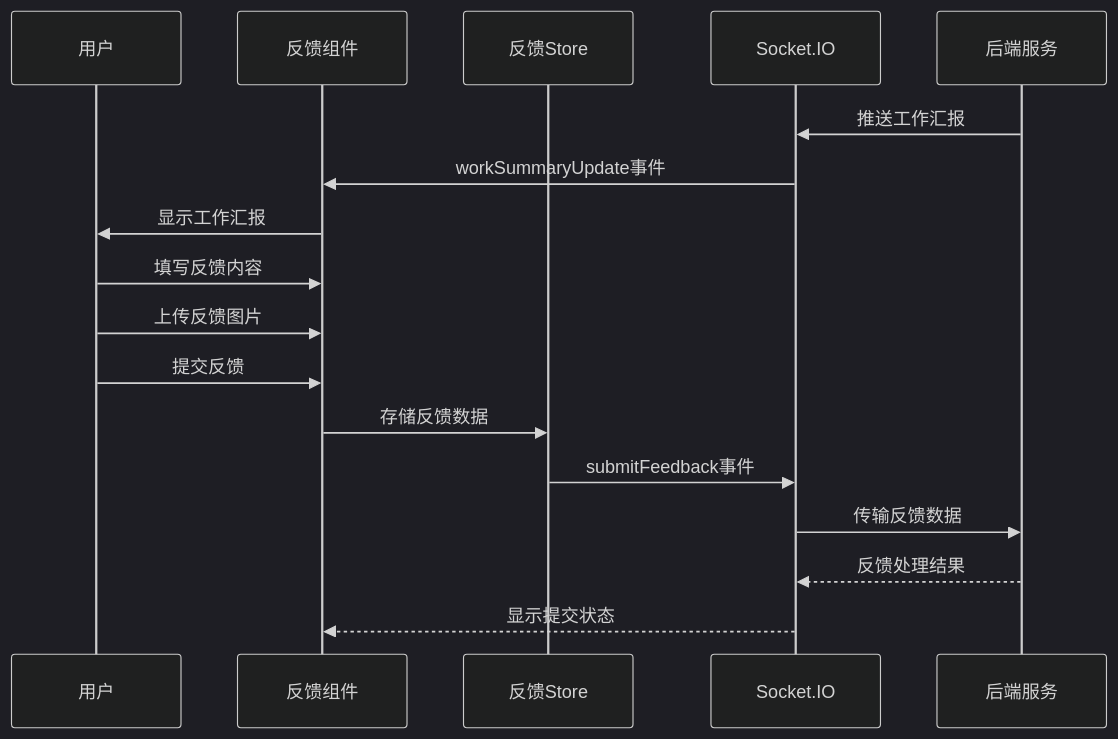
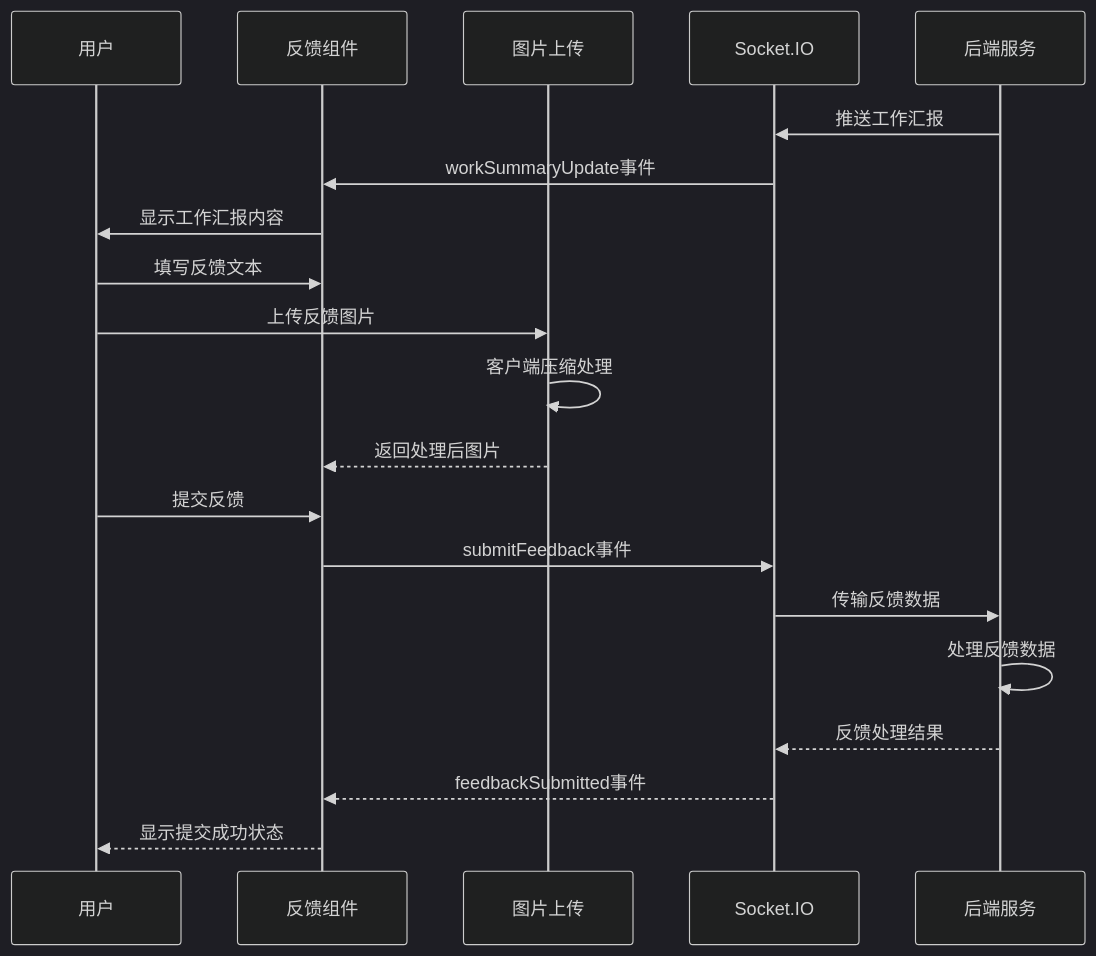
Before and after one commit to Songmengdi/mcp-feedback-collector: the fifth of 8 diagrams in docs/模块层/前端模块/详细分析.md, drawn with Mermaid (dark theme). The commit also changed other lines of this file and 37 other files, not shown here.

````diff
--- a/docs/模块层/前端模块/详细分析.md
+++ b/docs/模块层/前端模块/详细分析.md
@@ -170,22 +404,25 @@
 ```mermaid
 sequenceDiagram
     participant U as 用户
     participant FC as 反馈组件
-    participant FS as 反馈Store
+    participant IU as 图片上传
     participant Socket as Socket.IO
     participant Backend as 后端服务
     
     Backend->>Socket: 推送工作汇报
     Socket->>FC: workSummaryUpdate事件
-    FC->>U: 显示工作汇报
+    FC->>U: 显示工作汇报内容
     
-    U->>FC: 填写反馈内容
-    U->>FC: 上传反馈图片
+    U->>FC: 填写反馈文本
+    U->>IU: 上传反馈图片
+    IU->>IU: 客户端压缩处理
+    IU-->>FC: 返回处理后图片
+    
     U->>FC: 提交反馈
-    
-    FC->>FS: 存储反馈数据
-    FS->>Socket: submitFeedback事件
+    FC->>Socket: submitFeedback事件
     Socket->>Backend: 传输反馈数据
+    Backend->>Backend: 处理反馈数据
     Backend-->>Socket: 反馈处理结果
-    Socket-->>FC: 显示提交状态
+    Socket-->>FC: feedbackSubmitted事件
+    FC-->>U: 显示提交成功状态
 ```
````
